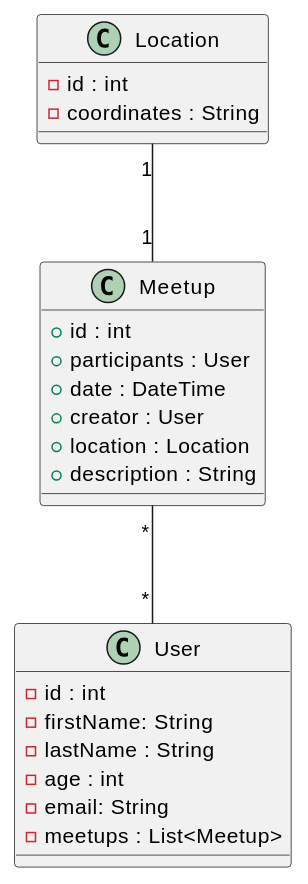
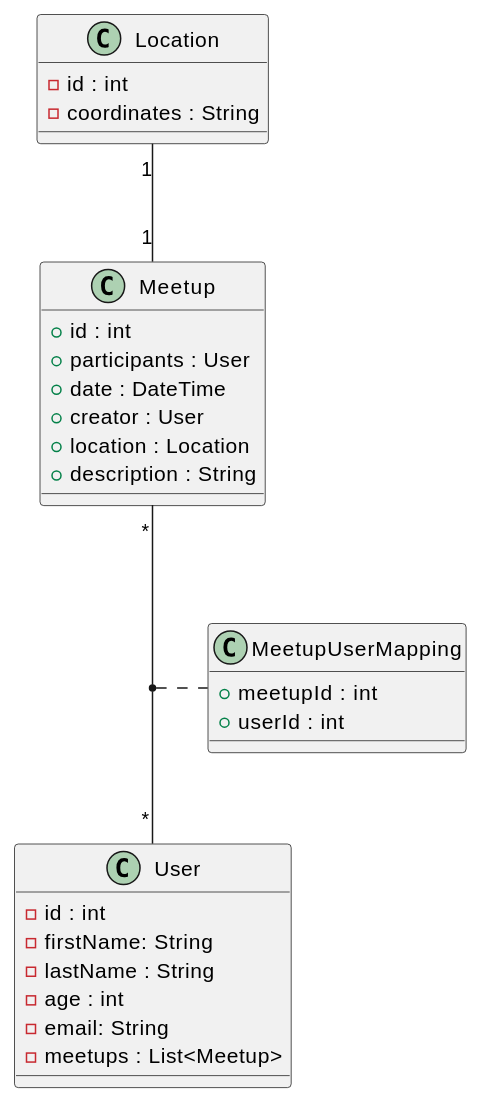
The diagram in asciidocs/Klassendiagramm.adoc (2223-3bhif-syp/02-projekte-mopedmeetup), drawn with PlantUML before and after one commit.

```diff
--- a/asciidocs/Klassendiagramm.adoc
+++ b/asciidocs/Klassendiagramm.adoc
@@ -5,29 +5,35 @@
 [plantuml, target=diagram-classes, format=png]
 ....
 class User {
     - id : int
     - firstName: String
     - lastName : String
     - age : int
     - email: String
     - meetups : List<Meetup>
 }
 class Meetup {
     + id : int
     + participants : User
     + date : DateTime
     + creator : User
     + location : Location
     + description : String
 }
 
 class Location {
     - id : int
     - coordinates : String
 }
 
+class MeetupUserMapping {
+    + meetupId : int
+    + userId : int
+}
+
+
 
 Meetup "*"--"*" User : ""
 Location "1"--"1" Meetup : ""
-
+(User, Meetup) .. MeetupUserMapping
 ....
```
